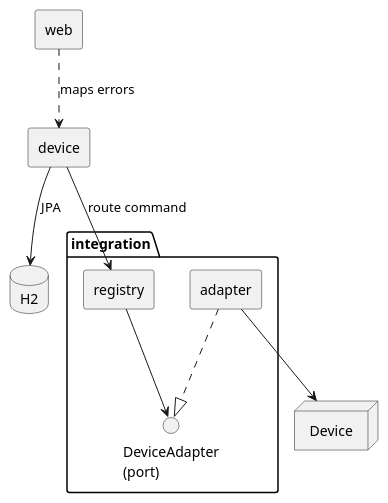
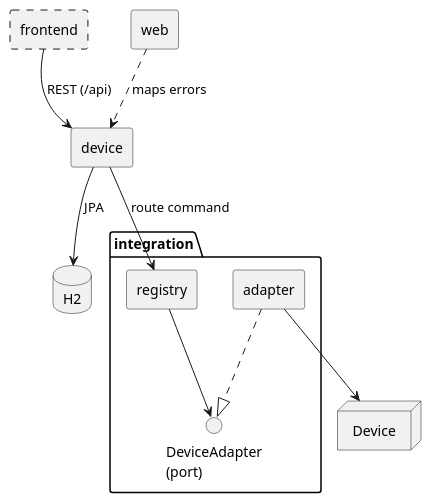
The diagram in docs/modules/ROOT/pages/05-building-block-view.adoc (FelixGeisler/SmartHome), drawn with PlantUML before and after one commit. The commit also changed other lines of this file and 4 other files, not shown here.

Commit message:
#11 Document the frontend in READMEs and architecture docs.

```diff
--- a/docs/modules/ROOT/pages/05-building-block-view.adoc
+++ b/docs/modules/ROOT/pages/05-building-block-view.adoc
@@ -3,23 +3,25 @@
 [plantuml,building-blocks,svg]
 ----
 @startuml
 skinparam componentStyle rectangle
 
+[frontend] #line.dashed
 [web]
 [device]
 package "integration" {
   interface "DeviceAdapter\n(port)" as port
   [registry]
   [adapter]
 }
 database "H2" as h2
 node "Device" as dev
 
+[frontend] --> [device] : REST (/api)
 [web] ..> [device] : maps errors
 [device] --> h2 : JPA
 [device] --> [registry] : route command
 [registry] --> port
 [adapter] ..|> port
 [adapter] --> dev
 @enduml
 ----
```
